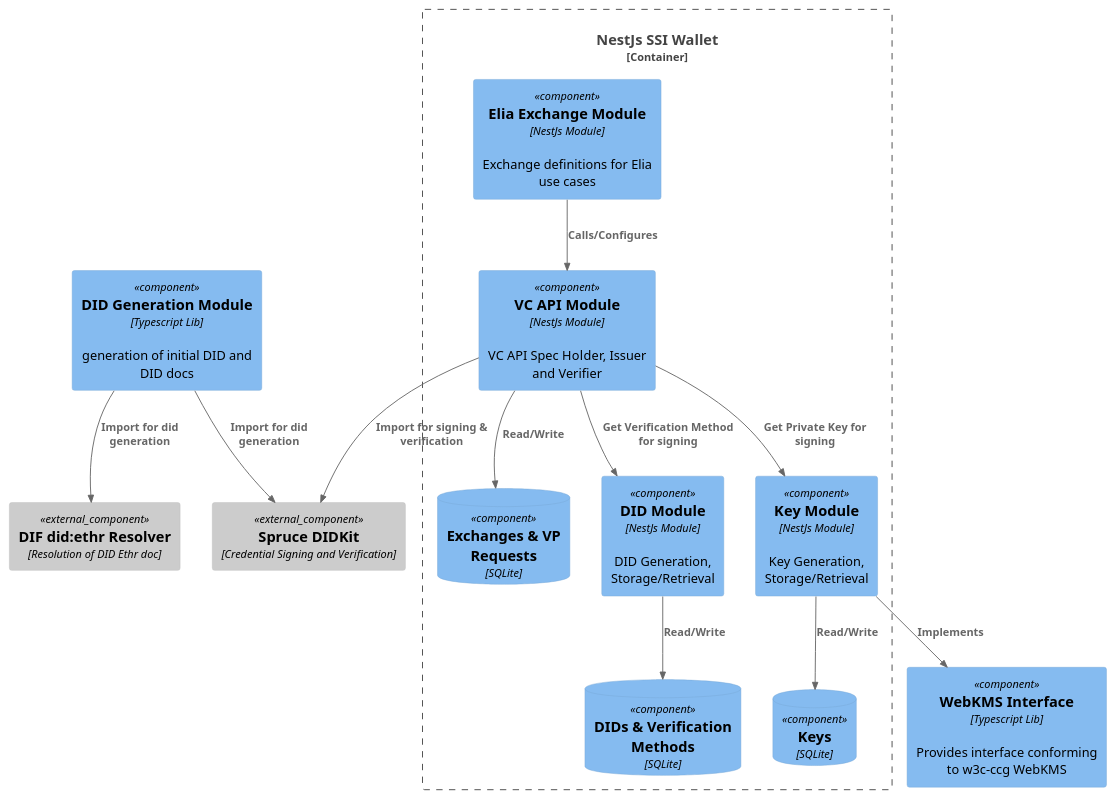
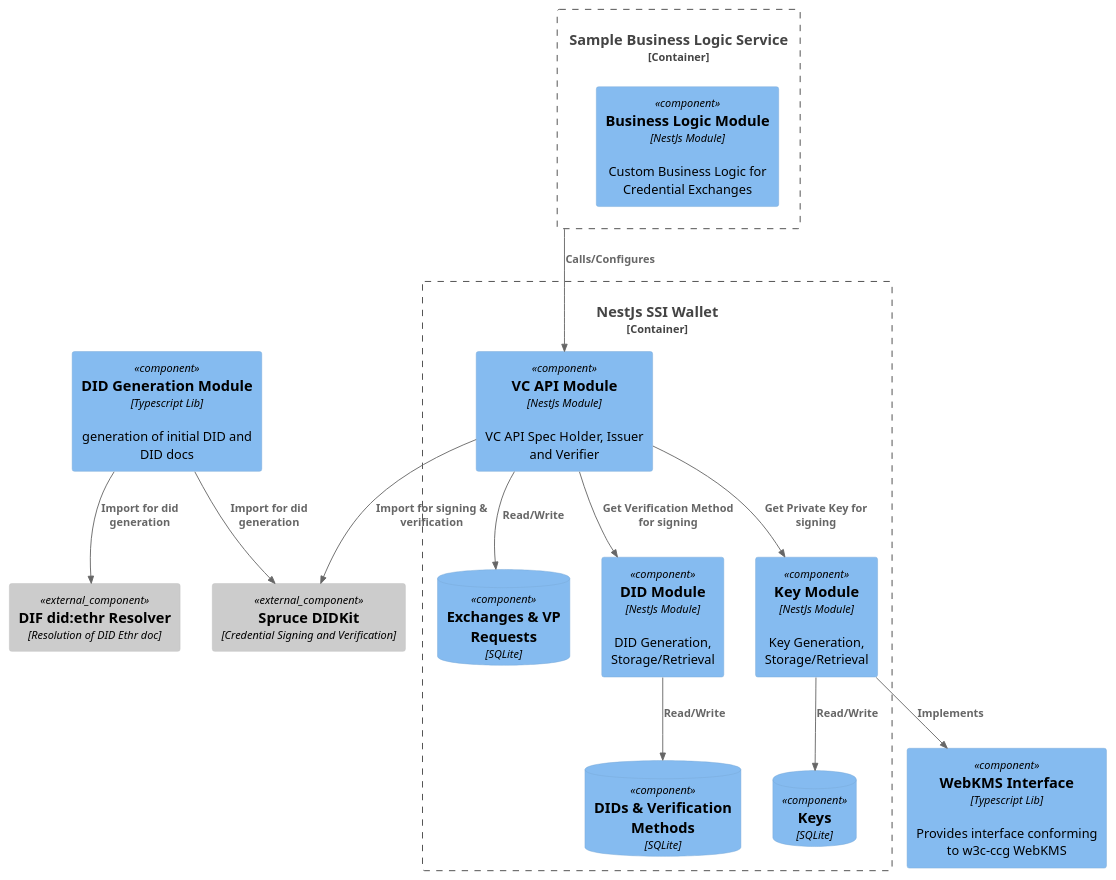
Before and after one commit to openwallet-foundation-labs/vc-api: the diagram in ssi-agent.component.puml, drawn with PlantUML. The commit also changed 45 other files, not shown here.

First line of the commit message:
feat: routing exchanges through vc-api

```diff
--- a/ssi-agent.component.puml
+++ b/ssi-agent.component.puml
@@ -1,38 +1,41 @@
 @startuml ssi-agent-component
 !include https://raw.githubusercontent.com/plantuml-stdlib/C4-PlantUML/master/C4_Component.puml
 
+Container_Boundary(business_logic, "Sample Business Logic Service") {
+  Component(business_logic_module, "Business Logic Module", "NestJs Module", "Custom Business Logic for Credential Exchanges")
+}
+
 Container_Boundary(nestjs_agent, "NestJs SSI Wallet") {
-  Component(elia_exchange, "Elia Exchange Module", "NestJs Module", "Exchange definitions for Elia use cases")
 
   Component(vc_api, "VC API Module", "NestJs Module", "VC API Spec Holder, Issuer and Verifier")
   ComponentDb(exchange_db, "Exchanges & VP Requests", "SQLite")
   Rel(vc_api, exchange_db, "Read/Write")
   
   Component(did, "DID Module", "NestJs Module", "DID Generation, Storage/Retrieval")
   Rel(vc_api, did, "Get Verification Method for signing")
   ComponentDb(did_db, "DIDs & Verification Methods", "SQLite")
   Rel(did, did_db, "Read/Write")
   
   Component(key, "Key Module", "NestJs Module", "Key Generation, Storage/Retrieval")
   Rel(vc_api, key, "Get Private Key for signing")
   ComponentDb(key_db, "Keys", "SQLite")
   Rel(key, key_db, "Read/Write")
 }
 
 Component(web_kms,"WebKMS Interface","Typescript Lib", "Provides interface conforming to w3c-ccg WebKMS")
 Rel(key, web_kms, "Implements")
 
 Component(did_generation,"DID Generation Module","Typescript Lib","generation of initial DID and DID docs")
 
 Component_Ext(ethr_resolver, "DIF did:ethr Resolver", "Resolution of DID Ethr doc")
 Rel(did_generation, ethr_resolver, "Import for did generation")
 
 Component_Ext(didkit, "Spruce DIDKit", "Credential Signing & Verification, did:key resolution")
 Rel(did_generation, didkit, "Import for did generation")
 Rel(vc_api, didkit, "Import for signing & verification")
 
 Component_Ext(didkit, "Spruce DIDKit", "Credential Signing and Verification")
 
-Rel(elia_exchange, vc_api, "Calls/Configures")
+Rel(business_logic, vc_api, "Calls/Configures")
 
 @enduml
```
